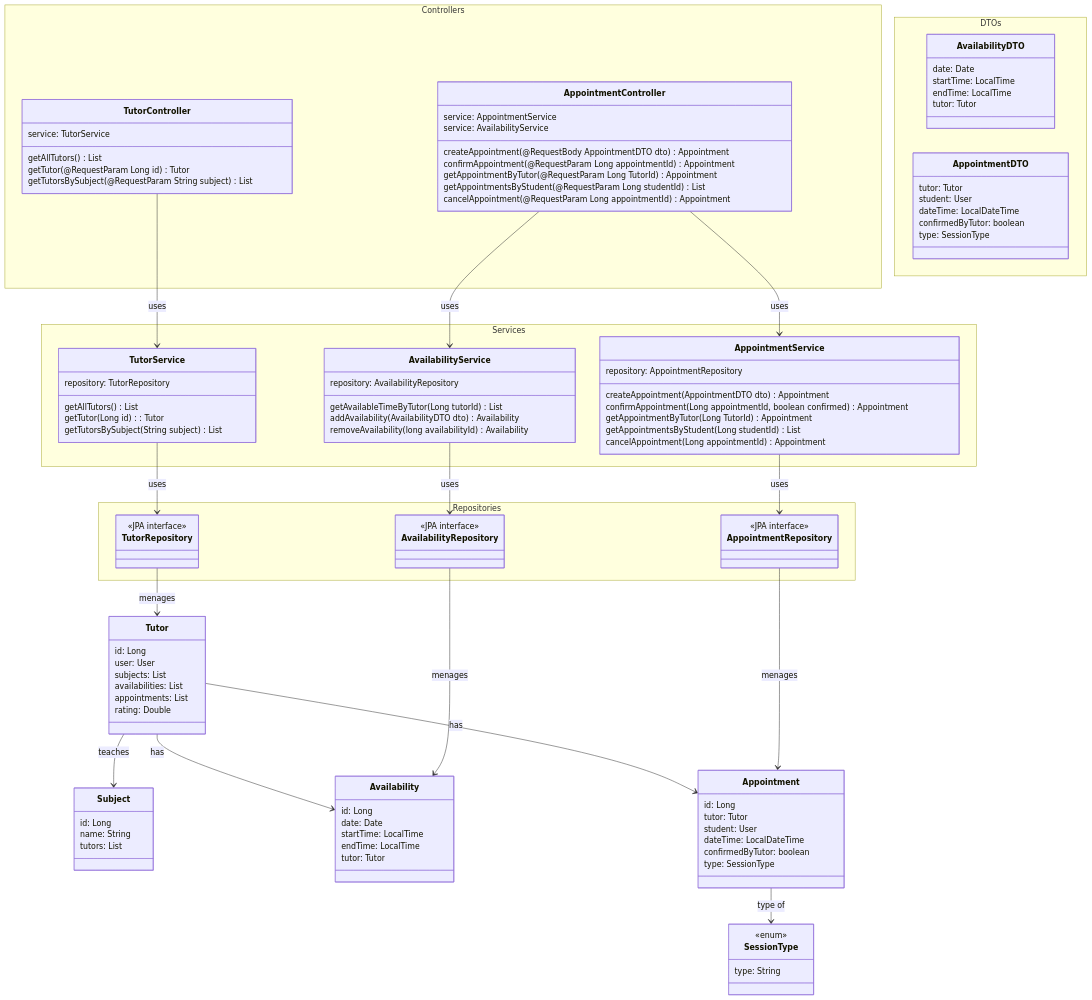
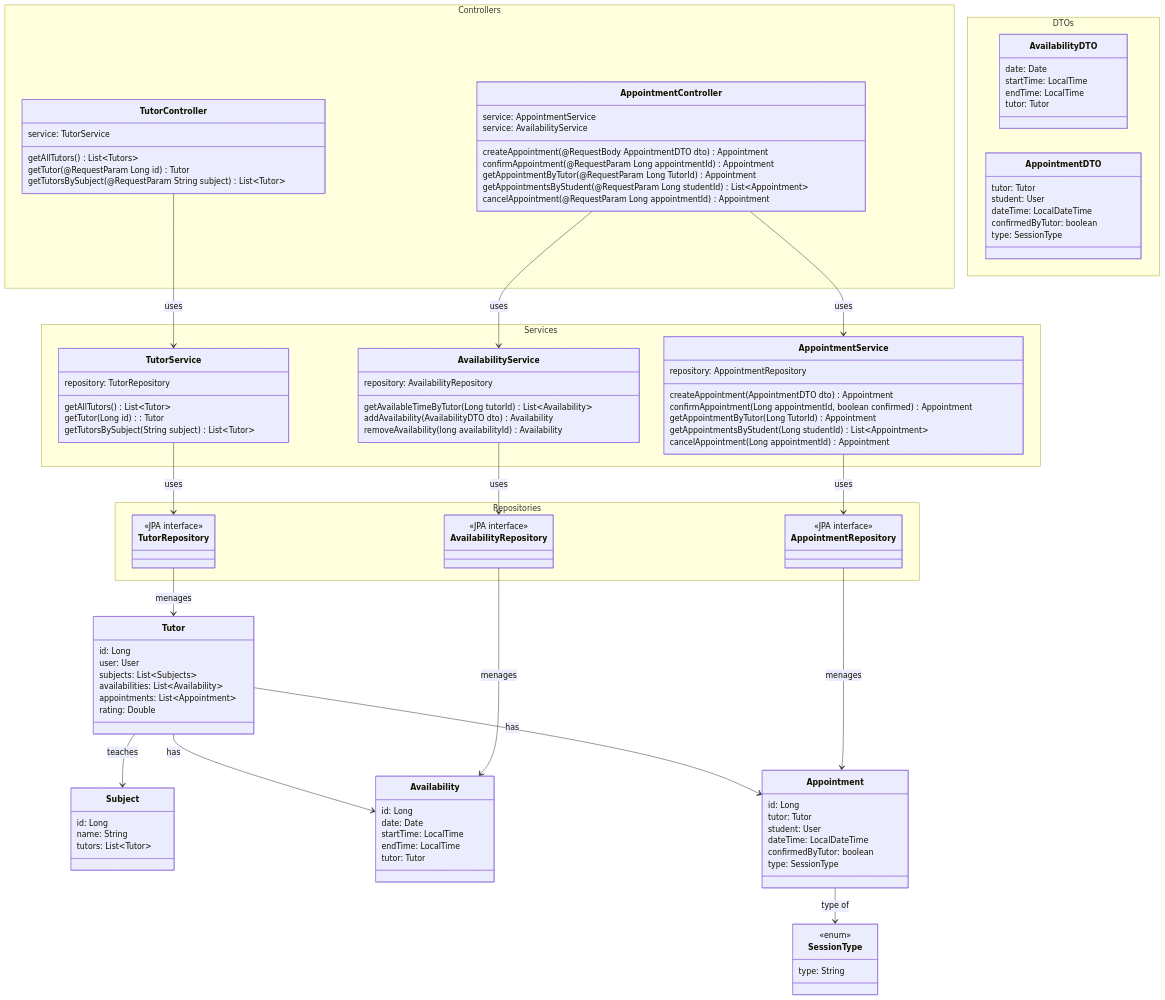
The diagram in docs/diagramas/diagrama-classes/tutor-domain.md (sioterino/anemonas), drawn with Mermaid before and after one commit. The commit also changed 2 other files, not shown here.

Commit message:
diagrama de classes / erro de sintax no mermaid

```diff
--- a/docs/diagramas/diagrama-classes/tutor-domain.md
+++ b/docs/diagramas/diagrama-classes/tutor-domain.md
@@ -11,16 +11,16 @@
     class Tutor {
         id: Long
         user: User
-        subjects: List<Subjects>
-        availabilities: List<Availability>
-        appointments: List<Appointment>
+        subjects: List~Subjects~
+        availabilities: List~Availability~
+        appointments: List~Appointment~
         rating: Double
     }
 
     class Subject {
         id: Long
         name: String
-        tutors: List<Tutor>
+        tutors: List~Tutor~
     }
 
     class Availability {
@@ -49,9 +49,9 @@
 
         class TutorController {
             service: TutorService
-            getAllTutors() List<Tutors>
+            getAllTutors() List~Tutors~
             getTutor(@RequestParam Long id) Tutor
-            getTutorsBySubject(@RequestParam String subject) List<Tutor>
+            getTutorsBySubject(@RequestParam String subject) List~Tutor~
         }
 
         class AppointmentController {
@@ -60,7 +60,7 @@
             createAppointment(@RequestBody AppointmentDTO dto) Appointment
             confirmAppointment(@RequestParam Long appointmentId) Appointment
             getAppointmentByTutor(@RequestParam Long TutorId) Appointment
-            getAppointmentsByStudent(@RequestParam Long studentId) List<Appointment>
+            getAppointmentsByStudent(@RequestParam Long studentId) List~Appointment~
             cancelAppointment(@RequestParam Long appointmentId) Appointment
         }
 
@@ -70,14 +70,14 @@
 
         class TutorService {
             repository: TutorRepository
-            getAllTutors() List<Tutor>
+            getAllTutors() List~Tutor~
             getTutor(Long id): Tutor
-            getTutorsBySubject(String subject) List<Tutor>
+            getTutorsBySubject(String subject) List~Tutor~
         }
 
         class AvailabilityService {
             repository: AvailabilityRepository
-            getAvailableTimeByTutor(Long tutorId) List<Availability>
+            getAvailableTimeByTutor(Long tutorId) List~Availability~
             addAvailability(AvailabilityDTO dto) Availability
             removeAvailability(long availabilityId) Availability
         }
@@ -87,7 +87,7 @@
             createAppointment(AppointmentDTO dto) Appointment
             confirmAppointment(Long appointmentId, boolean confirmed) Appointment
             getAppointmentByTutor(Long TutorId) Appointment
-            getAppointmentsByStudent(Long studentId) List<Appointment>
+            getAppointmentsByStudent(Long studentId) List~Appointment~
             cancelAppointment(Long appointmentId) Appointment
         }
 
```
